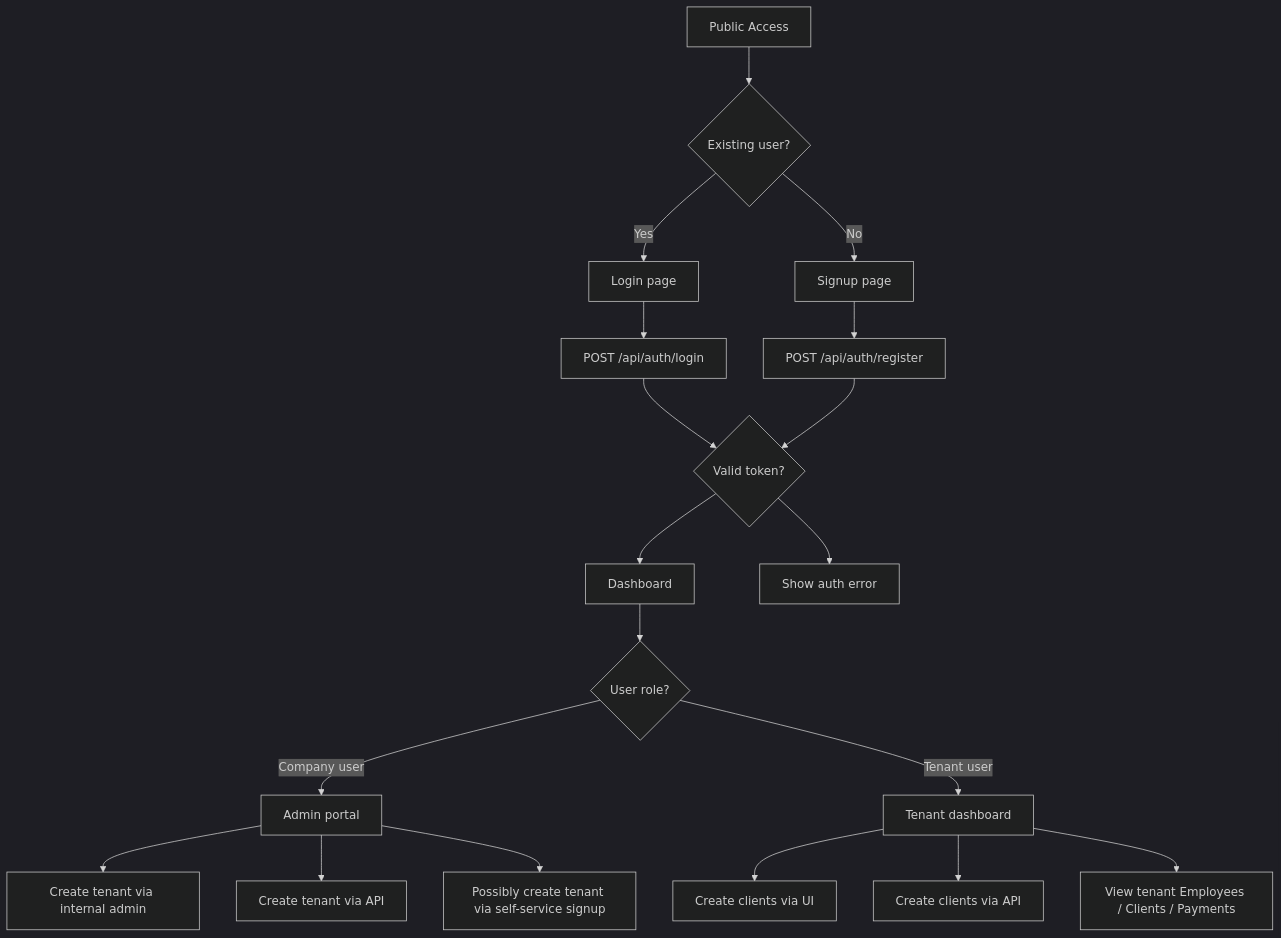
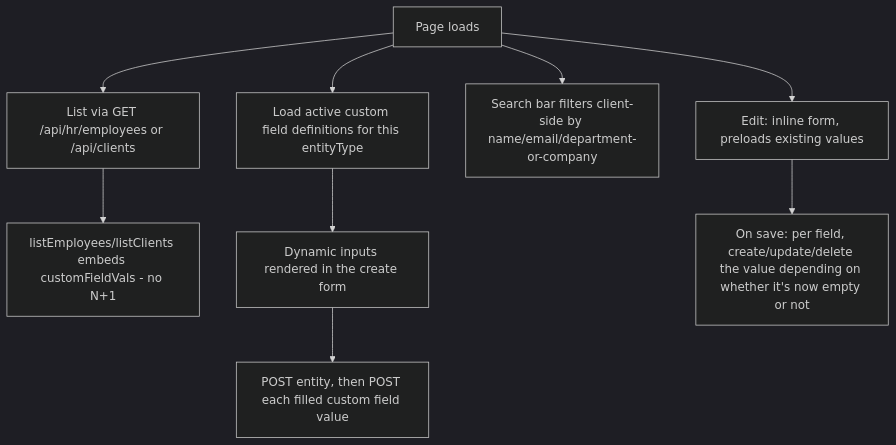
The fourth of 6 diagrams in docs/current-process-flow.md (ABravo2025/northstack), drawn with Mermaid (dark theme) before and after one commit. The commit also changed other lines of this file and 3 other files, not shown here.

````diff
--- a/docs/current-process-flow.md
+++ b/docs/current-process-flow.md
@@ -125,26 +91,11 @@
 ```mermaid
 flowchart TD
-  A[Public Access] --> B{Existing user?}
-  B -->|Yes| C[Login page]
-  B -->|No| D[Signup page]
-
-  C --> E[POST /api/auth/login]
-  D --> F[POST /api/auth/register]
-
-  E --> G{Valid token?}
-  F --> G
-  G --> H[Dashboard]
-  G --> I[Show auth error]
-
-  H --> J{User role?}
-  J -->|Company user| K[Admin portal]
-  J -->|Tenant user| L[Tenant dashboard]
-
-  K --> M[Create tenant via internal admin]
-  K --> N[Create tenant via API]
-  K --> O[Possibly create tenant via self-service signup]
-
-  L --> P[Create clients via UI]
-  L --> Q[Create clients via API]
-  L --> R[View tenant Employees / Clients / Payments]
+  A[Page loads] --> B[List via GET /api/hr/employees or /api/clients]
+  B --> C[listEmployees/listClients embeds customFieldVals - no N+1]
+  A --> D[Load active custom field definitions for this entityType]
+  D --> E[Dynamic inputs rendered in the create form]
+  E --> F[POST entity, then POST each filled custom field value]
+  A --> G[Search bar filters client-side by name/email/department-or-company]
+  A --> H[Edit: inline form, preloads existing values]
+  H --> I[On save: per field, create/update/delete the value depending on whether it's now empty or not]
 ```
````
